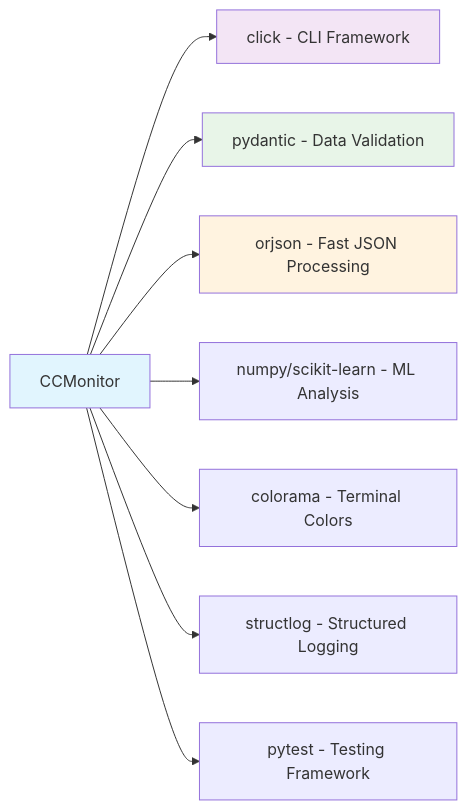
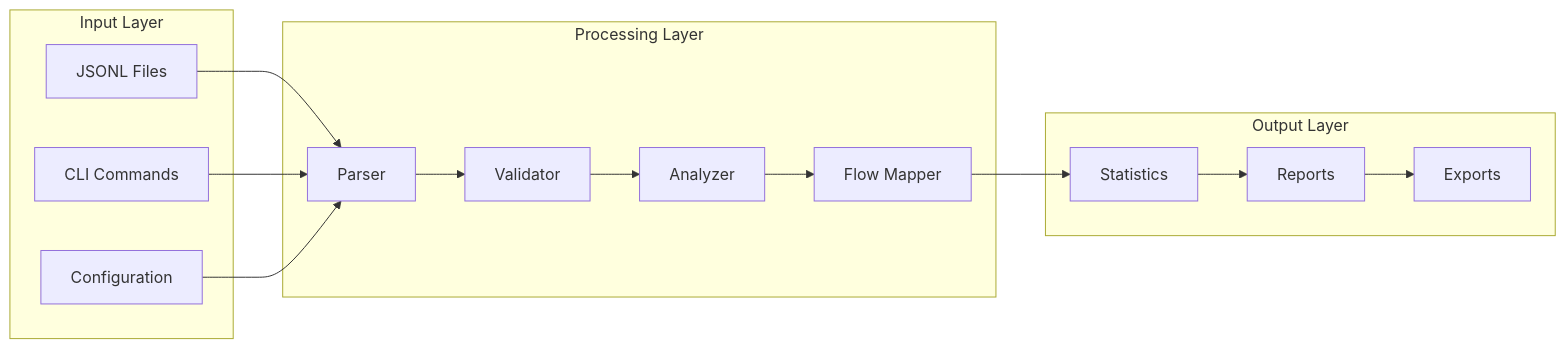
Before and after one commit to osbornesec/ccmonitor: the third of 4 diagrams in ANALYSIS.md, drawn with Mermaid. The commit also changed other lines of this file and 50 other files, not shown here.

````diff
--- a/ANALYSIS.md
+++ b/ANALYSIS.md
@@ -196,15 +594,31 @@
 ```mermaid
 graph LR
-    A[CCMonitor] --> B[click - CLI Framework]
-    A --> C[pydantic - Data Validation]
-    A --> D[orjson - Fast JSON Processing]
-    A --> E[numpy/scikit-learn - ML Analysis]
-    A --> F[colorama - Terminal Colors]
-    A --> G[structlog - Structured Logging]
-    A --> H[pytest - Testing Framework]
+    subgraph "Input Layer"
+        A[JSONL Files]
+        B[CLI Commands]
+        C[Configuration]
+    end
     
-    style A fill:#e1f5fe
-    style B fill:#f3e5f5
-    style C fill:#e8f5e8
-    style D fill:#fff3e0
+    subgraph "Processing Layer"  
+        D[Parser]
+        E[Validator]
+        F[Analyzer]
+        G[Flow Mapper]
+    end
+    
+    subgraph "Output Layer"
+        H[Statistics]
+        I[Reports]
+        J[Exports]
+    end
+    
+    A --> D
+    B --> D
+    C --> D
+    D --> E
+    E --> F
+    F --> G
+    G --> H
+    H --> I
+    I --> J
 ```
````
